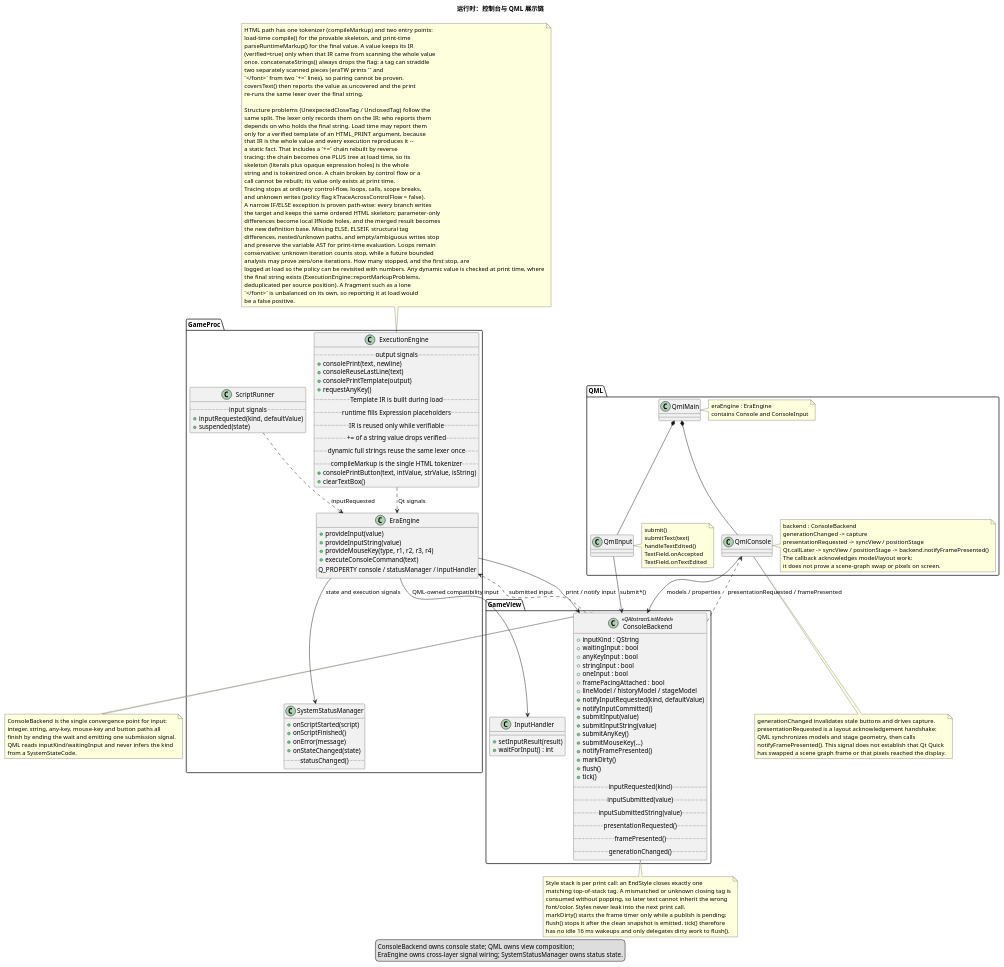
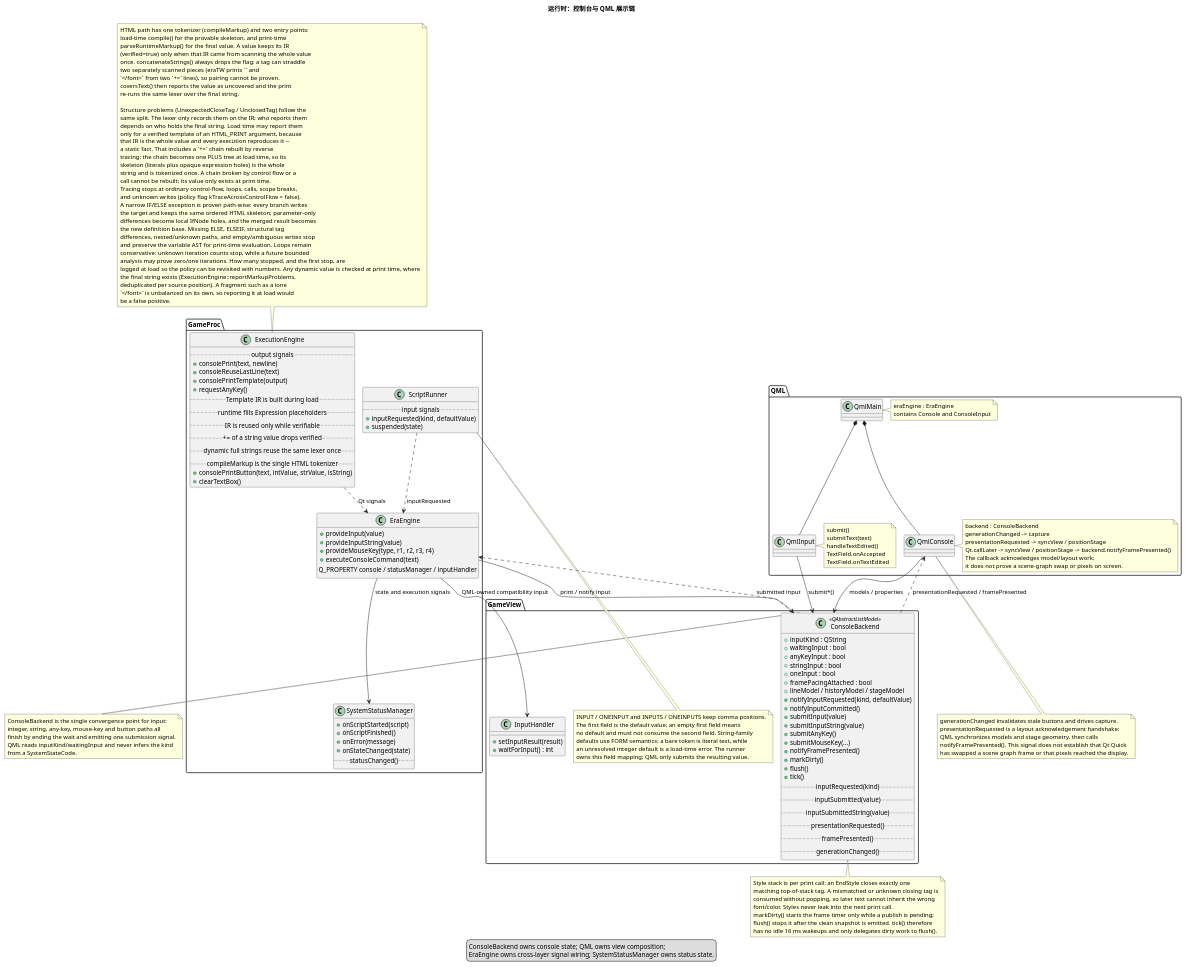
The diagram in docs/uml/04-runtime-console-qml.puml (yigekuyou/qt-eraemu), drawn with PlantUML before and after one commit. The commit also changed 1 other file, not shown here.

Commit message:
补全 inputs

```diff
--- a/docs/uml/04-runtime-console-qml.puml
+++ b/docs/uml/04-runtime-console-qml.puml
@@ -1,191 +1,200 @@
 @startuml 04-runtime-console-qml
 !pragma layout smetana
 ' 运行时责任 3/4：输出、输入桥接与 QML 呈现
 ' 来源：eraengine.cpp, GameProc/execution_engine.h, GameView/console_backend.h,
 '       GameView/system_status_manager.h, GameView/input_handler.h, qml/Console.qml,
 '       qml/ConsoleInput.qml
 
 title 运行时：控制台与 QML 展示链
 
 package "GameProc" {
   class ExecutionEngine {
     .. output signals ..
     + consolePrint(text, newline)
     + consoleReuseLastLine(text)
     + consolePrintTemplate(output)
     + requestAnyKey()
     .. Template IR is built during load ..
     .. runtime fills Expression placeholders ..
     .. IR is reused only while verifiable ..
     .. += of a string value drops verified ..
     .. dynamic full strings reuse the same lexer once ..
     .. compileMarkup is the single HTML tokenizer ..
     + consolePrintButton(text, intValue, strValue, isString)
     + clearTextBox()
   }
 
   class ScriptRunner {
     .. input signals ..
     + inputRequested(kind, defaultValue)
     + suspended(state)
   }
 
   class EraEngine {
     + provideInput(value)
     + provideInputString(value)
     + provideMouseKey(type, r1, r2, r3, r4)
     + executeConsoleCommand(text)
     .. Q_PROPERTY console / statusManager / inputHandler ..
   }
 
   class SystemStatusManager {
     + onScriptStarted(script)
     + onScriptFinished()
     + onError(message)
     + onStateChanged(state)
     .. statusChanged() ..
   }
 }
 
 package "GameView" {
   class ConsoleBackend <<QAbstractListModel>> {
     + inputKind : QString
     + waitingInput : bool
     + anyKeyInput : bool
     + stringInput : bool
     + oneInput : bool
     + framePacingAttached : bool
     + lineModel / historyModel / stageModel
     + notifyInputRequested(kind, defaultValue)
     + notifyInputCommitted()
     + submitInput(value)
     + submitInputString(value)
     + submitAnyKey()
     + submitMouseKey(...)
     + notifyFramePresented()
     + markDirty()
     + flush()
     + tick()
     .. inputRequested(kind) ..
     .. inputSubmitted(value) ..
     .. inputSubmittedString(value) ..
     .. presentationRequested() ..
     .. framePresented() ..
     .. generationChanged() ..
   }
 
   class InputHandler {
     + setInputResult(result)
     + waitForInput() : int
   }
+
+  note right of ScriptRunner
+    INPUT / ONEINPUT and INPUTS / ONEINPUTS keep comma positions.
+    The first field is the default value; an empty first field means
+    no default and must not consume the second field. String-family
+    defaults use FORM semantics: a bare token is literal text, while
+    an unresolved integer default is a load-time error. The runner
+    owns this field mapping; QML only submits the resulting value.
+  end note
 }
 
 package "QML" {
   class QmlConsole
   class QmlInput
   class QmlMain
 
   note right of QmlConsole
     backend : ConsoleBackend
     generationChanged -> capture
     presentationRequested -> syncView / positionStage
     Qt.callLater -> syncView / positionStage -> backend.notifyFramePresented()
     The callback acknowledges model/layout work;
     it does not prove a scene-graph swap or pixels on screen.
   end note
 
   note right of QmlInput
     submit()
     submitText(text)
     handleTextEdited()
     TextField.onAccepted
     TextField.onTextEdited
   end note
 
   note right of QmlMain
     eraEngine : EraEngine
     contains Console and ConsoleInput
   end note
 }
 
 ExecutionEngine ..> EraEngine : Qt signals
 ScriptRunner ..> EraEngine : inputRequested
 EraEngine --> ConsoleBackend : print / notify input
 ConsoleBackend ..> EraEngine : submitted input
 EraEngine --> SystemStatusManager : state and execution signals
 EraEngine --> InputHandler : QML-owned compatibility input
 QmlMain *-- QmlConsole
 QmlMain *-- QmlInput
 QmlConsole --> ConsoleBackend : models / properties
 QmlInput --> ConsoleBackend : submit*()
 ConsoleBackend ..> QmlConsole : presentationRequested / framePresented
 
 note right of ConsoleBackend
   ConsoleBackend is the single convergence point for input:
   integer, string, any-key, mouse-key and button paths all
   finish by ending the wait and emitting one submission signal.
   QML reads inputKind/waitingInput and never infers the kind
   from a SystemStateCode.
 end note
 
 note top of ExecutionEngine
   HTML path has one tokenizer (compileMarkup) and two entry points:
   load-time compile() for the provable skeleton, and print-time
   parseRuntimeMarkup() for the final value. A value keeps its IR
   (verified=true) only when that IR came from scanning the whole value
   once. concatenateStrings() always drops the flag: a tag can straddle
   two separately scanned pieces (eraTW prints `<font ...>` and
   `</font>` from two `+=` lines), so pairing cannot be proven.
   coversText() then reports the value as uncovered and the print
   re-runs the same lexer over the final string.
 
   Structure problems (UnexpectedCloseTag / UnclosedTag) follow the
   same split. The lexer only records them on the IR; who reports them
   depends on who holds the final string. Load time may report them
   only for a verified template of an HTML_PRINT argument, because
   that IR is the whole value and every execution reproduces it --
   a static fact. That includes a `+=` chain rebuilt by reverse
   tracing: the chain becomes one PLUS tree at load time, so its
   skeleton (literals plus opaque expression holes) is the whole
   string and is tokenized once. A chain broken by control flow or a
   call cannot be rebuilt; its value only exists at print time.
   Tracing stops at ordinary control-flow, loops, calls, scope breaks,
   and unknown writes (policy flag kTraceAcrossControlFlow = false).
   A narrow IF/ELSE exception is proven path-wise: every branch writes
   the target and keeps the same ordered HTML skeleton; parameter-only
   differences become local IfNode holes, and the merged result becomes
   the new definition base. Missing ELSE, ELSEIF, structural tag
   differences, nested/unknown paths, and empty/ambiguous writes stop
   and preserve the variable AST for print-time evaluation. Loops remain
   conservative: unknown iteration counts stop, while a future bounded
   analysis may prove zero/one iterations. How many stopped, and the first stop, are
   logged at load so the policy can be revisited with numbers. Any dynamic value is checked at print time, where
   the final string exists (ExecutionEngine::reportMarkupProblems,
   deduplicated per source position). A fragment such as a lone
   `</font>` is unbalanced on its own, so reporting it at load would
   be a false positive.
 end note
 
 note bottom of QmlConsole
   generationChanged invalidates stale buttons and drives capture.
   presentationRequested is a layout acknowledgement handshake:
   QML synchronizes models and stage geometry, then calls
   notifyFramePresented(). This signal does not establish that Qt Quick
   has swapped a scene graph frame or that pixels reached the display.
 end note
 
 note bottom of ConsoleBackend
   Style stack is per print call: an EndStyle closes exactly one
   matching top-of-stack tag. A mismatched or unknown closing tag is
   consumed without popping, so later text cannot inherit the wrong
   font/color. Styles never leak into the next print call.
   markDirty() starts the frame timer only while a publish is pending;
   flush() stops it after the clean snapshot is emitted. tick() therefore
   has no idle 16 ms wakeups and only delegates dirty work to flush().
 end note
 
 legend bottom
   ConsoleBackend owns console state; QML owns view composition;
   EraEngine owns cross-layer signal wiring; SystemStatusManager owns status state.
 endlegend
 @enduml
```
